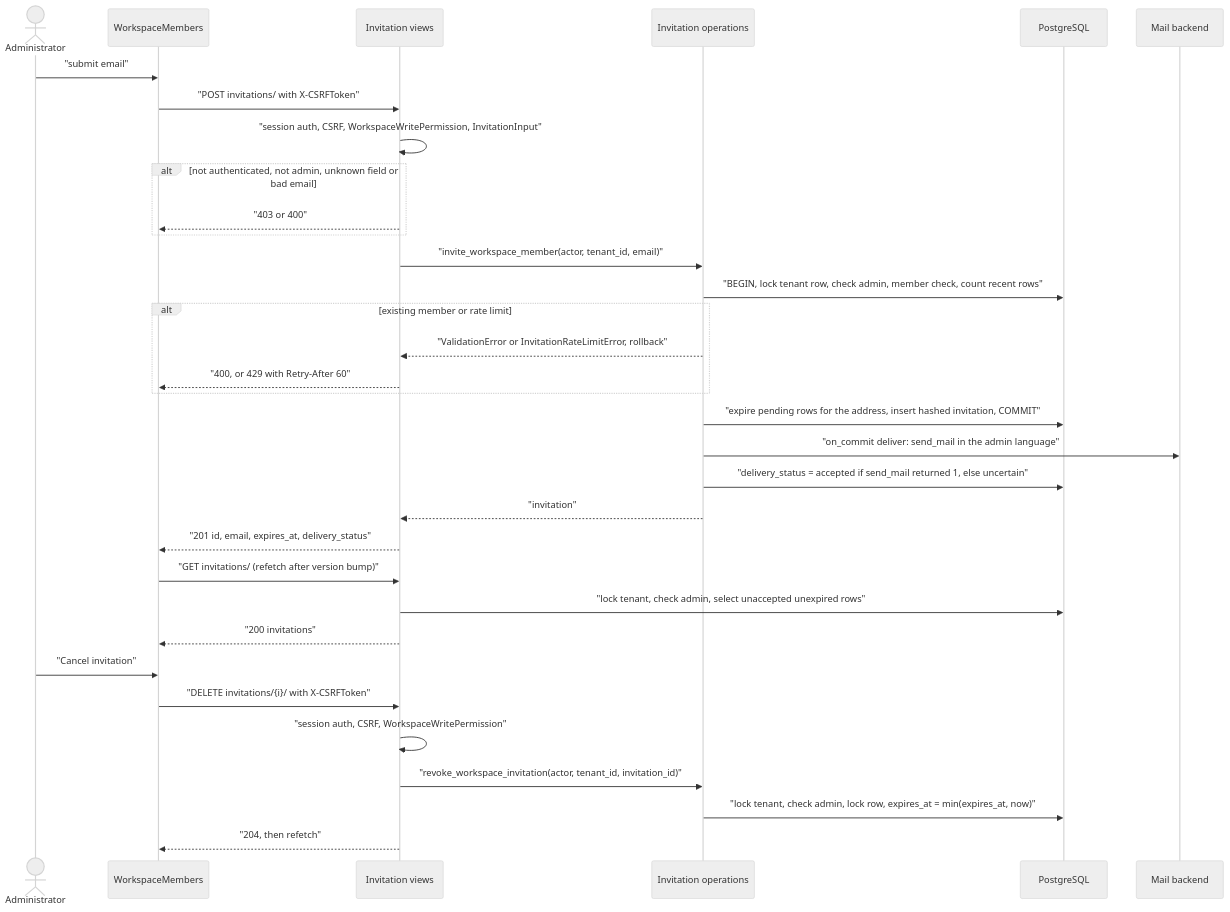
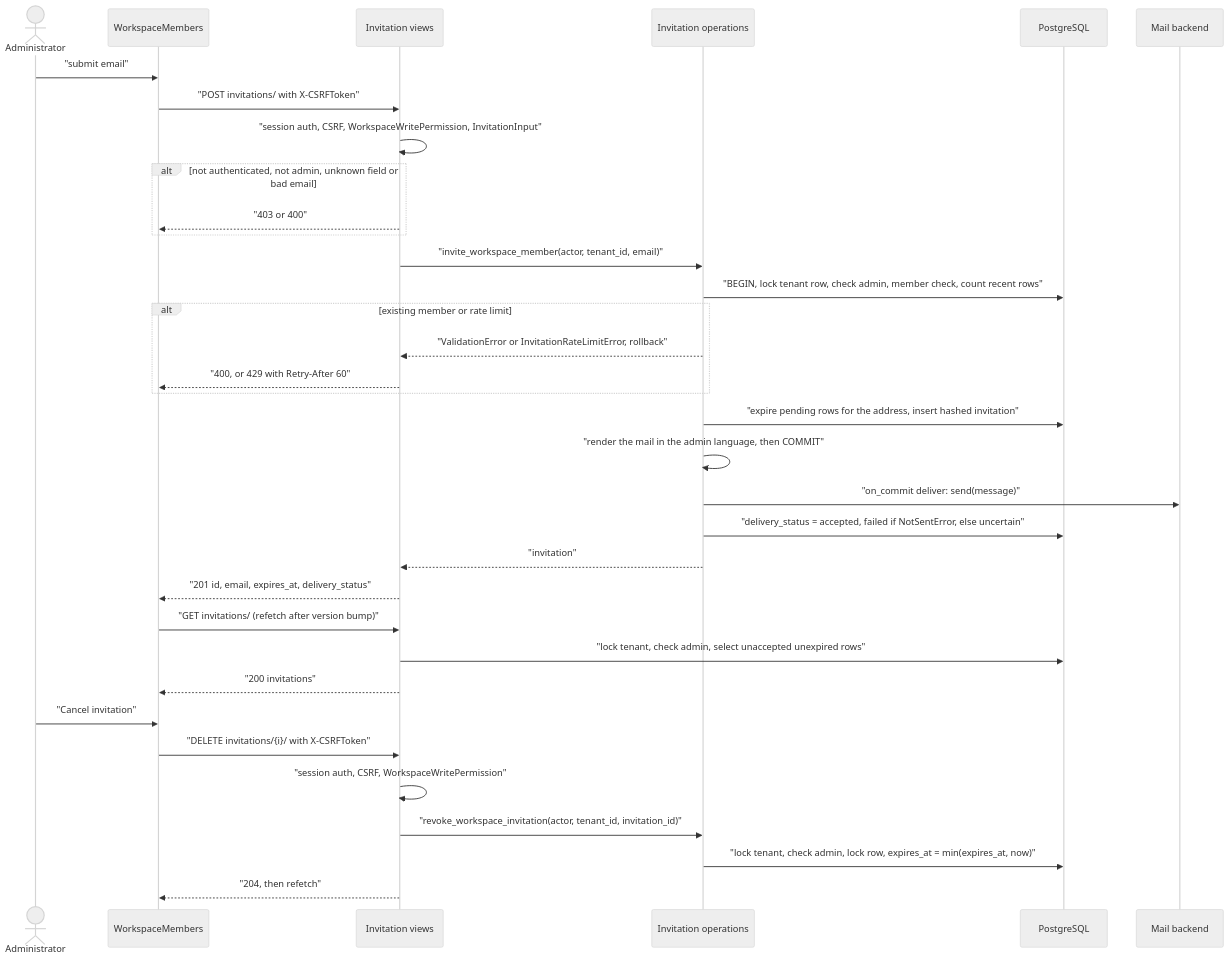
Before and after one commit to erkurtharun/pyracast: the diagram in docs/flows/member-invitation.md, drawn with Mermaid (neutral theme). The commit also changed other lines of this file and 100 other files, not shown here.

First line of the commit message:
Unify mail delivery outcomes and localize account mail (#35)

````diff
--- a/docs/flows/member-invitation.md
+++ b/docs/flows/member-invitation.md
@@ -13,35 +13,36 @@
 ```mermaid
 sequenceDiagram
     actor A as Administrator
     participant UI as WorkspaceMembers
     participant V as Invitation views
     participant Op as Invitation operations
     participant DB as PostgreSQL
     participant M as Mail backend
     A->>UI: "submit email"
     UI->>V: "POST invitations/ with X-CSRFToken"
     V->>V: "session auth, CSRF, WorkspaceWritePermission, InvitationInput"
     alt not authenticated, not admin, unknown field or bad email
         V-->>UI: "403 or 400"
     end
     V->>Op: "invite_workspace_member(actor, tenant_id, email)"
     Op->>DB: "BEGIN, lock tenant row, check admin, member check, count recent rows"
     alt existing member or rate limit
         Op-->>V: "ValidationError or InvitationRateLimitError, rollback"
         V-->>UI: "400, or 429 with Retry-After 60"
     end
-    Op->>DB: "expire pending rows for the address, insert hashed invitation, COMMIT"
-    Op->>M: "on_commit deliver: send_mail in the admin language"
-    Op->>DB: "delivery_status = accepted if send_mail returned 1, else uncertain"
+    Op->>DB: "expire pending rows for the address, insert hashed invitation"
+    Op->>Op: "render the mail in the admin language, then COMMIT"
+    Op->>M: "on_commit deliver: send(message)"
+    Op->>DB: "delivery_status = accepted, failed if NotSentError, else uncertain"
     Op-->>V: "invitation"
     V-->>UI: "201 id, email, expires_at, delivery_status"
     UI->>V: "GET invitations/ (refetch after version bump)"
     V->>DB: "lock tenant, check admin, select unaccepted unexpired rows"
     V-->>UI: "200 invitations"
     A->>UI: "Cancel invitation"
     UI->>V: "DELETE invitations/{i}/ with X-CSRFToken"
     V->>V: "session auth, CSRF, WorkspaceWritePermission"
     V->>Op: "revoke_workspace_invitation(actor, tenant_id, invitation_id)"
     Op->>DB: "lock tenant, check admin, lock row, expires_at = min(expires_at, now)"
     V-->>UI: "204, then refetch"
 ```
````
